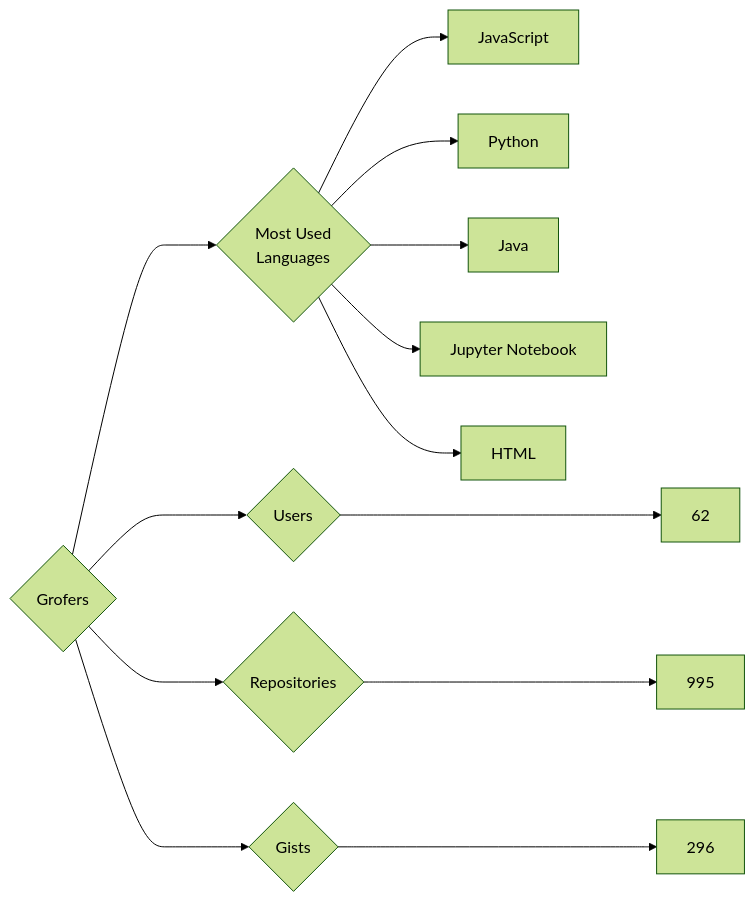
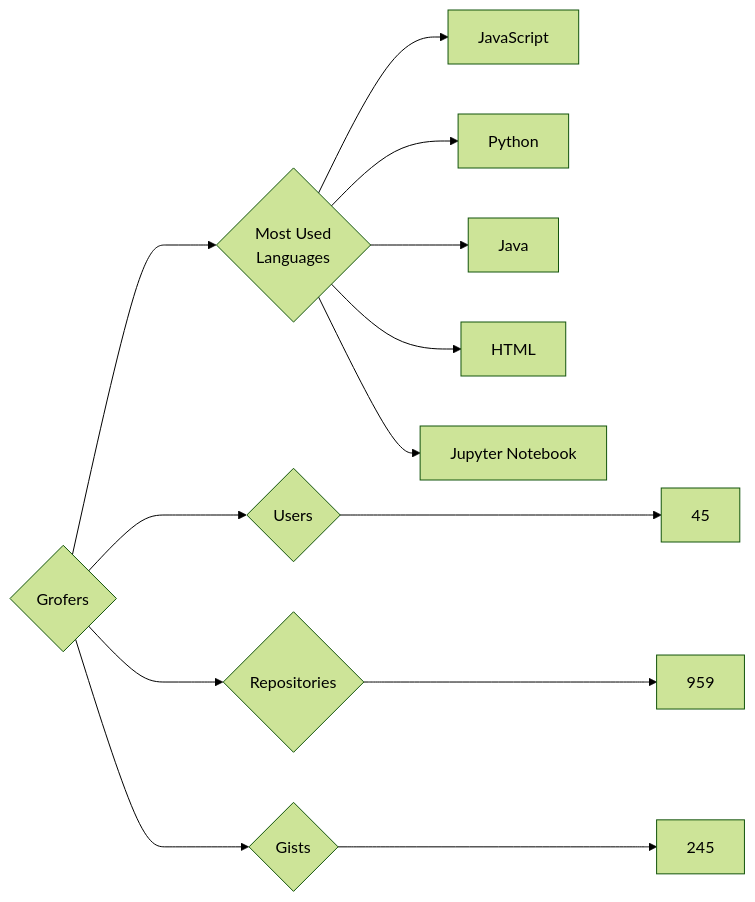
The diagram in targets/Grofers/README.md (trickest/insiders), drawn with Mermaid (forest theme) before and after one commit. The commit also changed 748 other files, not shown here.

````diff
--- a/targets/Grofers/README.md
+++ b/targets/Grofers/README.md
@@ -3,13 +3,13 @@
 ```mermaid
 graph LR
 COMPANY_NAME{Grofers}
-COMPANY_NAME ---> U{Users} ---> UN[62]
-COMPANY_NAME ---> R{Repositories} ---> RN[995]
-COMPANY_NAME ---> G{Gists} ---> GN[296]
+COMPANY_NAME ---> U{Users} ---> UN[45]
+COMPANY_NAME ---> R{Repositories} ---> RN[959]
+COMPANY_NAME ---> G{Gists} ---> GN[245]
 COMPANY_NAME ---> ML{Most Used<br>Languages}
 ML --> JavaScript[JavaScript]
 ML --> Python[Python]
 ML --> Java[Java]
+ML --> HTML[HTML]
 ML --> Jupyter_Notebook[Jupyter Notebook]
-ML --> HTML[HTML]
 ```
````
